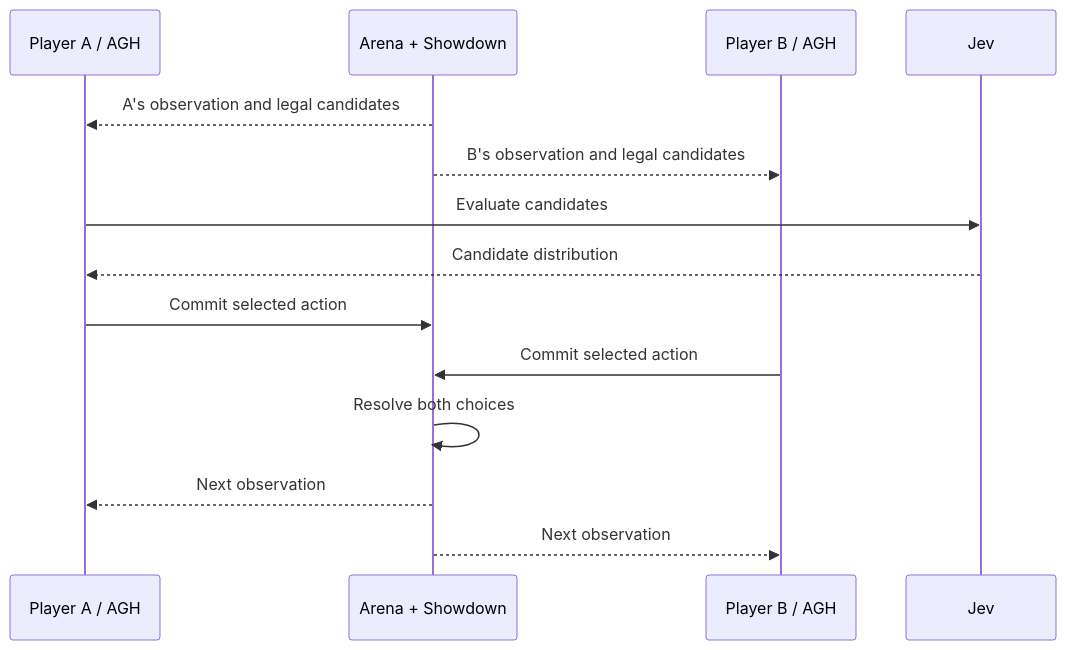
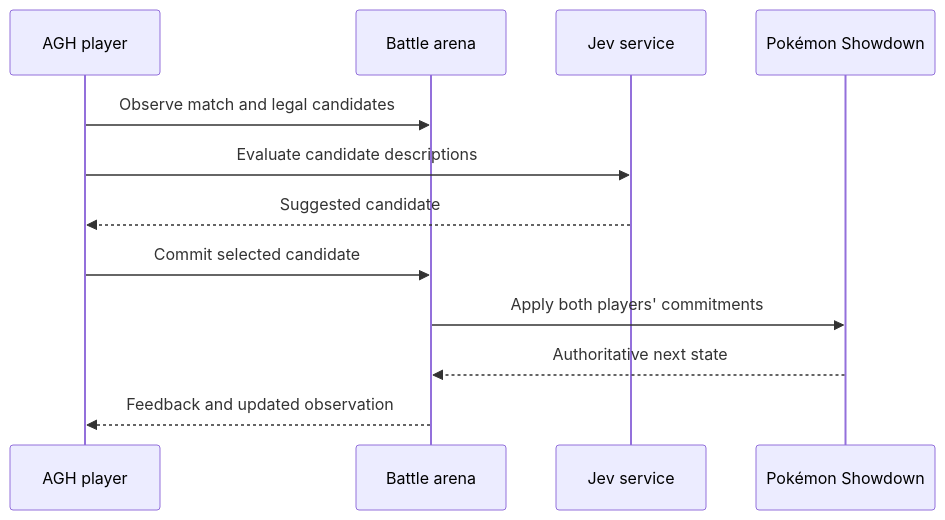
Before and after one commit to ZRDONG/AGNES-Arena: the diagram in README.md, drawn with Mermaid. The commit also changed other lines of this file and 1 other file, not shown here.

````diff
--- a/README.md
+++ b/README.md
@@ -37,16 +31,14 @@
 ```mermaid
 sequenceDiagram
-    participant A as Player A / AGH
-    participant G as Arena + Showdown
-    participant B as Player B / AGH
-    participant J as Jev
-    G-->>A: A's observation and legal candidates
-    G-->>B: B's observation and legal candidates
-    A->>J: Evaluate candidates
-    J-->>A: Candidate distribution
-    A->>G: Commit selected action
-    B->>G: Commit selected action
-    G->>G: Resolve both choices
-    G-->>A: Next observation
-    G-->>B: Next observation
+    participant Agent as AGH player
+    participant Arena as Battle arena
+    participant Jev as Jev service
+    participant Engine as Pokémon Showdown
+    Agent->>Arena: Observe match and legal candidates
+    Agent->>Jev: Evaluate candidate descriptions
+    Jev-->>Agent: Suggested candidate
+    Agent->>Arena: Commit selected candidate
+    Arena->>Engine: Apply both players' commitments
+    Engine-->>Arena: Authoritative next state
+    Arena-->>Agent: Feedback and updated observation
 ```
````
